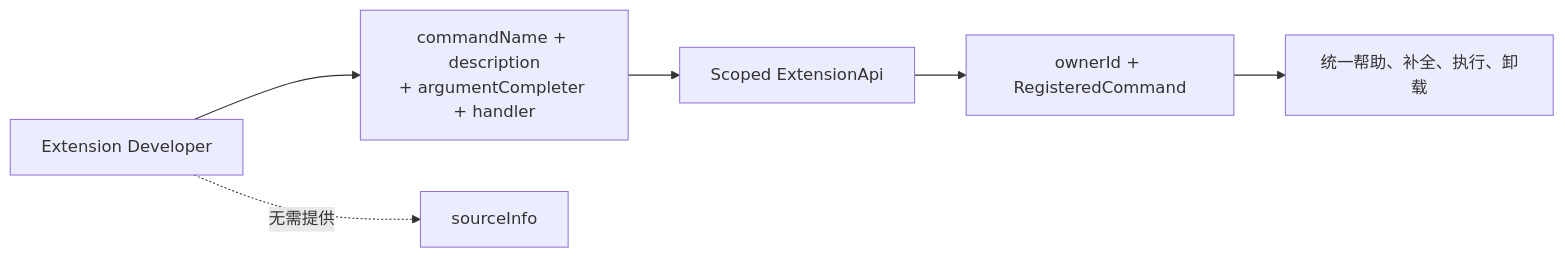
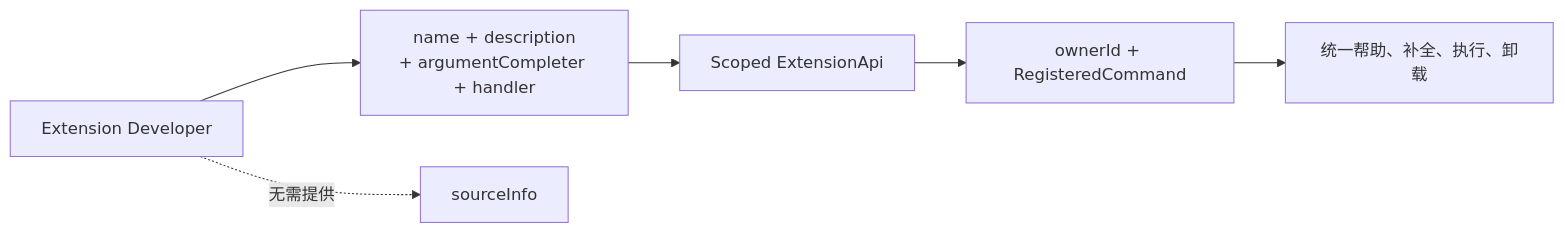
One commit to superheromeZzh/pi-mono-java-design changed diagram 20 of 20 in pi-mono-java-extension-command-SR设计.md. Above: the diagram before and after it, drawn with Mermaid. The commit also changed other lines of this file, not shown here.

Commit message:
docs: use name for command registration

````diff
--- a/pi-mono-java-extension-command-SR设计.md
+++ b/pi-mono-java-extension-command-SR设计.md
@@ -1019,11 +1019,11 @@
 ```mermaid
 flowchart LR
     developer["Extension Developer"]
-    publicApi["commandName + description\n+ argumentCompleter + handler"]
+    publicApi["name + description\n+ argumentCompleter + handler"]
     scopedApi["Scoped ExtensionApi"]
     internal["ownerId + RegisteredCommand"]
     runtime["统一帮助、补全、执行、卸载"]
 
     developer --> publicApi --> scopedApi --> internal --> runtime
     developer -. "无需提供" .-> source["sourceInfo"]
 ```
````
